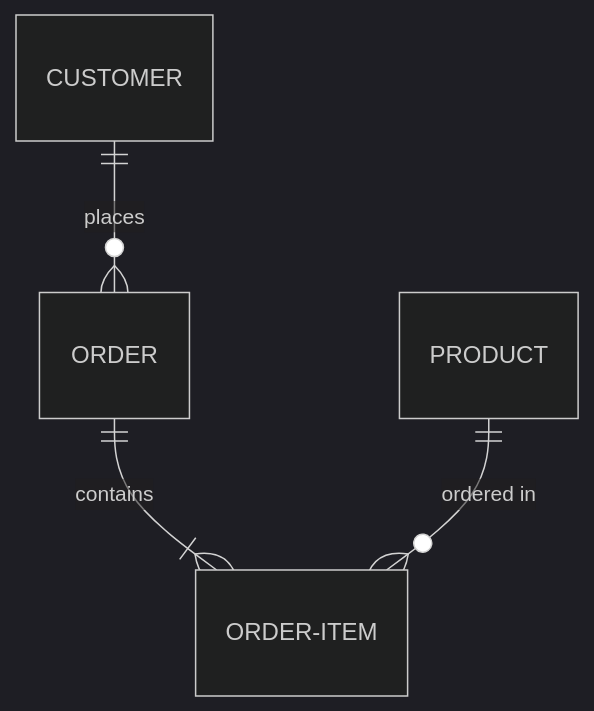
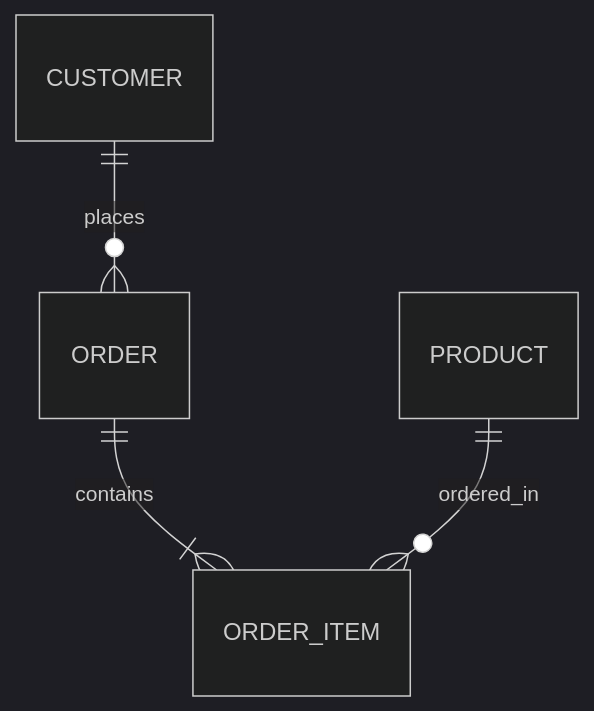
One commit to narumiruna/agent-skills changed the first of 2 diagrams in skills/creating-mermaid-diagrams/references/er.md. Above: the diagram before and after it, drawn with Mermaid (dark theme). The commit also changed other lines of this file and 92 other files, not shown here.

````diff
--- a/skills/creating-mermaid-diagrams/references/er.md
+++ b/skills/creating-mermaid-diagrams/references/er.md
@@ -7,6 +7,6 @@
 ```mermaid
 erDiagram
     CUSTOMER ||--o{ ORDER : places
-    ORDER ||--|{ ORDER-ITEM : contains
-    PRODUCT ||--o{ ORDER-ITEM : "ordered in"
+    ORDER ||--|{ ORDER_ITEM : contains
+    PRODUCT ||--o{ ORDER_ITEM : ordered_in
 ```
````
